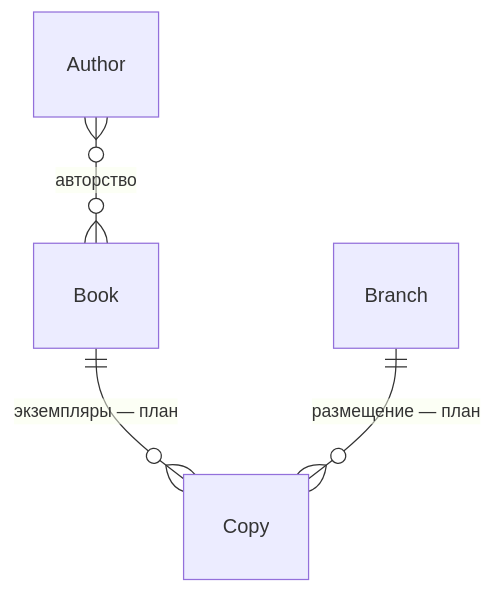
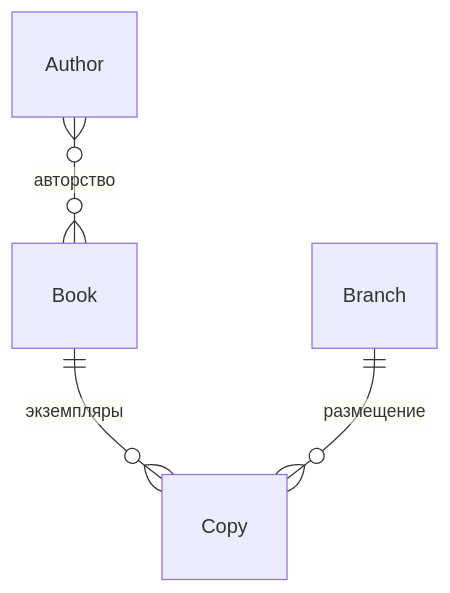
The diagram in docs/data-model.md (ssofpv/library-devops), drawn with Mermaid before and after one commit. The commit also changed other lines of this file and 11 other files, not shown here.

````diff
--- a/docs/data-model.md
+++ b/docs/data-model.md
@@ -9,6 +7,6 @@
 ```mermaid
 erDiagram
     Author }o--o{ Book : "авторство"
-    Book ||--o{ Copy : "экземпляры — план"
-    Branch ||--o{ Copy : "размещение — план"
+    Book ||--o{ Copy : "экземпляры"
+    Branch ||--o{ Copy : "размещение"
 ```
````
